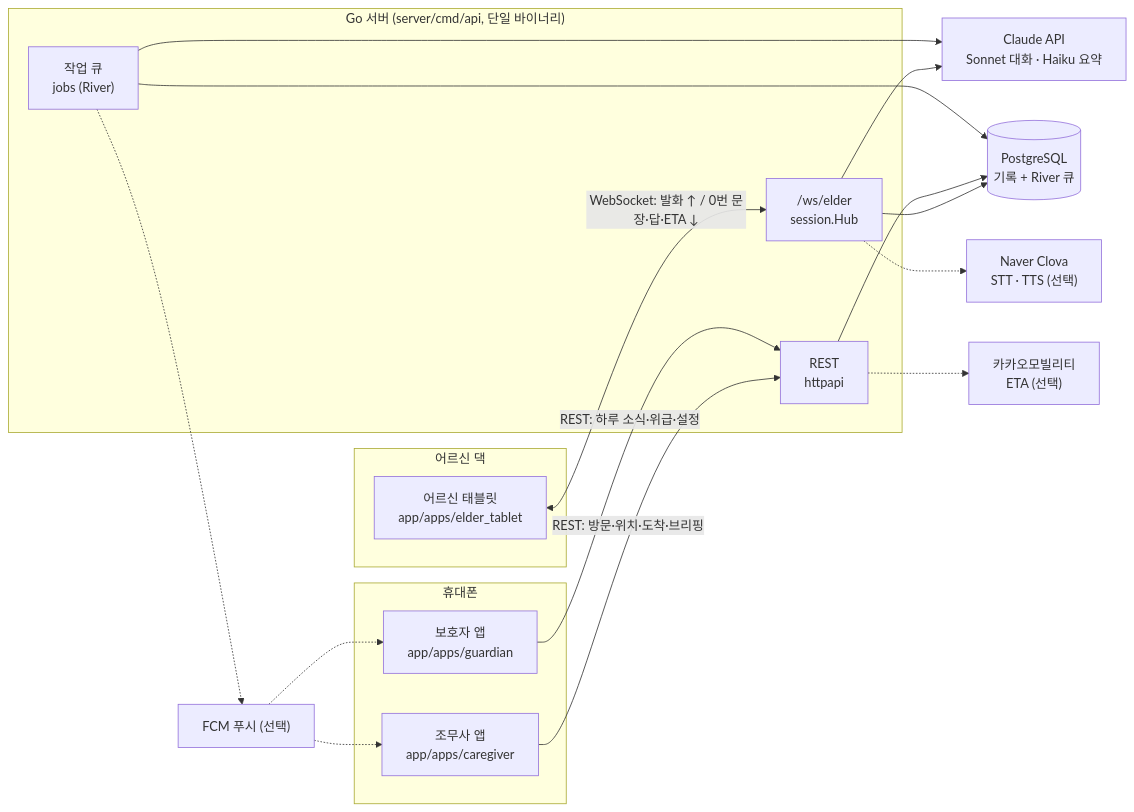
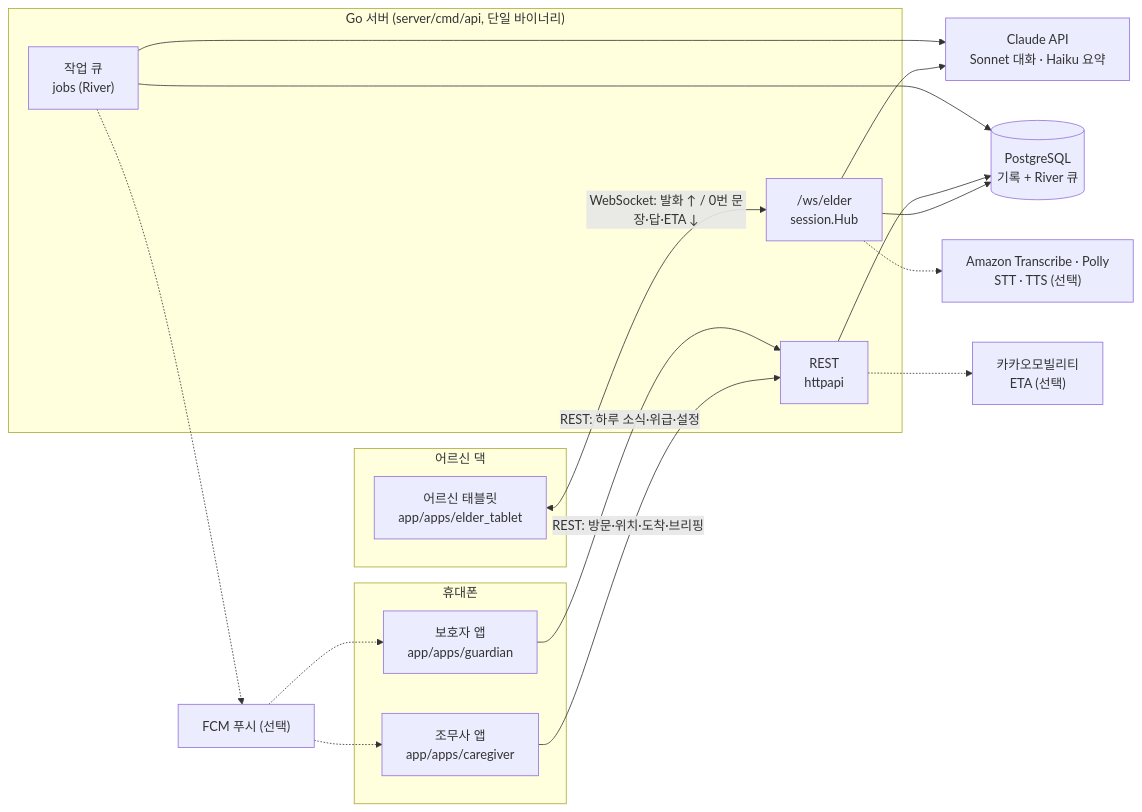
One commit to kimtaesung98/silvercare changed the first of 9 diagrams in notchiwon-bridge/docs/handbook/whitebox.md. Above: the diagram before and after it, drawn with Mermaid. The commit also changed other lines of this file and 28 other files, not shown here.

First line of the commit message:
speech: replace Naver Clova with Amazon Transcribe and Polly

````diff
--- a/notchiwon-bridge/docs/handbook/whitebox.md
+++ b/notchiwon-bridge/docs/handbook/whitebox.md
@@ -8,34 +8,34 @@
 ```mermaid
 flowchart LR
   subgraph 어르신댁["어르신 댁"]
     T["어르신 태블릿<br/>app/apps/elder_tablet"]
   end
   subgraph 휴대폰["휴대폰"]
     C["조무사 앱<br/>app/apps/caregiver"]
     G["보호자 앱<br/>app/apps/guardian"]
   end
   subgraph 서버["Go 서버 (server/cmd/api, 단일 바이너리)"]
     WS["/ws/elder<br/>session.Hub"]
     REST["REST<br/>httpapi"]
     JOBS["작업 큐<br/>jobs (River)"]
   end
   PG[("PostgreSQL<br/>기록 + River 큐")]
   CL["Claude API<br/>Sonnet 대화 · Haiku 요약"]
-  CV["Naver Clova<br/>STT · TTS (선택)"]
+  CV["Amazon Transcribe · Polly<br/>STT · TTS (선택)"]
   KK["카카오모빌리티<br/>ETA (선택)"]
   FCM["FCM 푸시 (선택)"]
 
   T <-- "WebSocket: 발화 ↑ / 0번 문장·답·ETA ↓" --> WS
   C -- "REST: 방문·위치·도착·브리핑" --> REST
   G -- "REST: 하루 소식·위급·설정" --> REST
   WS --> PG
   REST --> PG
   JOBS --> PG
   WS --> CL
   WS -.-> CV
   REST -.-> KK
   JOBS --> CL
   JOBS -.-> FCM
   FCM -.-> C
   FCM -.-> G
 ```
````
